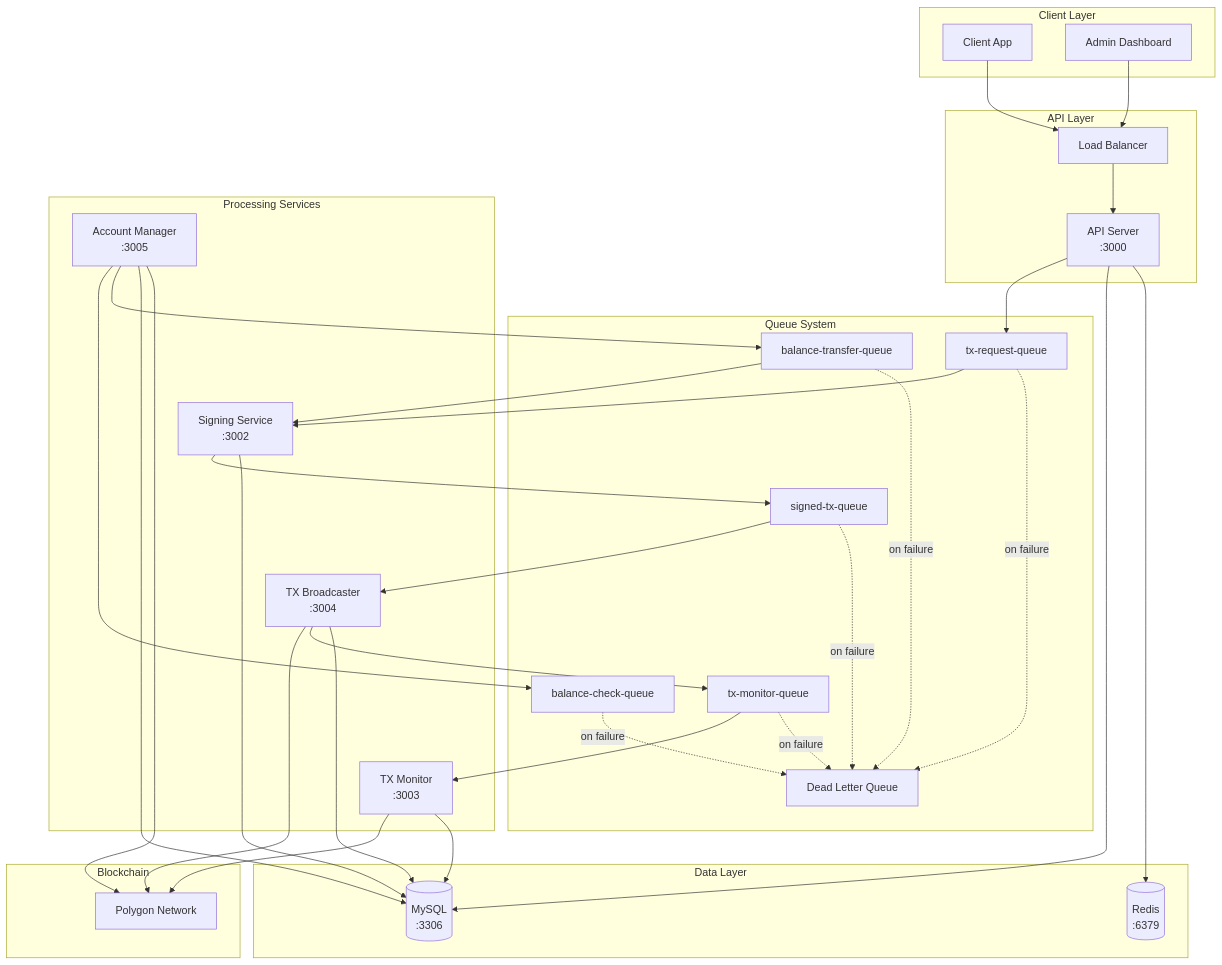
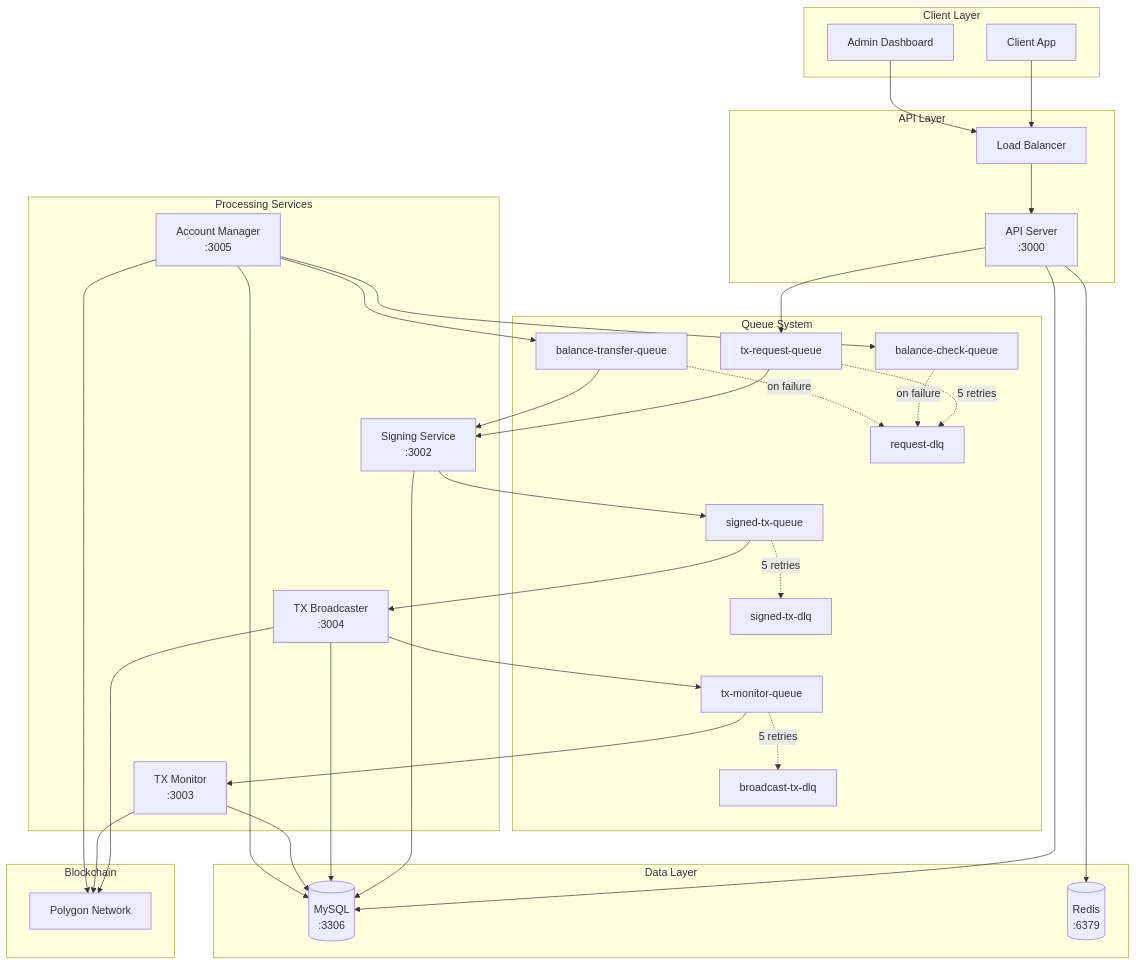
The diagram in README.md (globalmsq/asset-withdrawal-monorepo), drawn with Mermaid before and after one commit. The commit also changed other lines of this file and 31 other files, not shown here.

First line of the commit message:
[BFS-5] feat: implement DLQ failure handling system and improve logging

````diff
--- a/README.md
+++ b/README.md
@@ -134,70 +139,72 @@
 ```mermaid
 graph TB
     subgraph "Client Layer"
         Client[Client App]
         Admin[Admin Dashboard]
     end
 
     subgraph "API Layer"
         ALB[Load Balancer]
         API[API Server<br/>:3000]
     end
 
     subgraph "Queue System"
         SQS1[tx-request-queue]
         SQS2[signed-tx-queue]
         SQS3[tx-monitor-queue]
         SQS4[balance-check-queue]
         SQS5[balance-transfer-queue]
-        DLQ[Dead Letter Queue]
+        DLQ1[request-dlq]
+        DLQ2[signed-tx-dlq]
+        DLQ3[broadcast-tx-dlq]
     end
 
     subgraph "Processing Services"
         Signer[Signing Service<br/>:3002]
         Broadcaster[TX Broadcaster<br/>:3004]
         Monitor[TX Monitor<br/>:3003]
         AcctMgr[Account Manager<br/>:3005]
     end
 
     subgraph "Data Layer"
         MySQL[(MySQL<br/>:3306)]
         Redis[(Redis<br/>:6379)]
     end
 
     subgraph "Blockchain"
         Polygon[Polygon Network]
     end
 
     Client --> ALB
     Admin --> ALB
     ALB --> API
 
     API --> SQS1
     API --> MySQL
     API --> Redis
 
     SQS1 --> Signer
     Signer --> SQS2
     Signer --> MySQL
 
     SQS2 --> Broadcaster
     Broadcaster --> Polygon
     Broadcaster --> SQS3
     Broadcaster --> MySQL
 
     SQS3 --> Monitor
     Monitor --> Polygon
     Monitor --> MySQL
 
     AcctMgr --> SQS4
     AcctMgr --> SQS5
     AcctMgr --> MySQL
     AcctMgr --> Polygon
     SQS5 --> Signer
 
-    SQS1 -.->|on failure| DLQ
-    SQS2 -.->|on failure| DLQ
-    SQS3 -.->|on failure| DLQ
-    SQS4 -.->|on failure| DLQ
-    SQS5 -.->|on failure| DLQ
+    SQS1 -.->|5 retries| DLQ1
+    SQS2 -.->|5 retries| DLQ2
+    SQS3 -.->|5 retries| DLQ3
+    SQS4 -.->|on failure| DLQ1
+    SQS5 -.->|on failure| DLQ1
 ```
````
